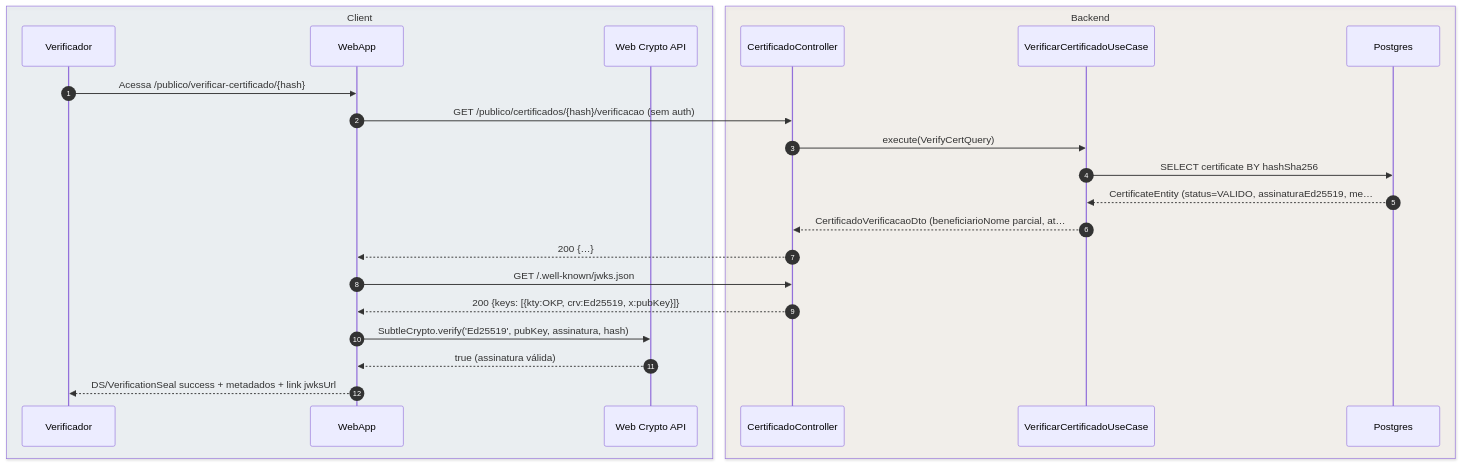
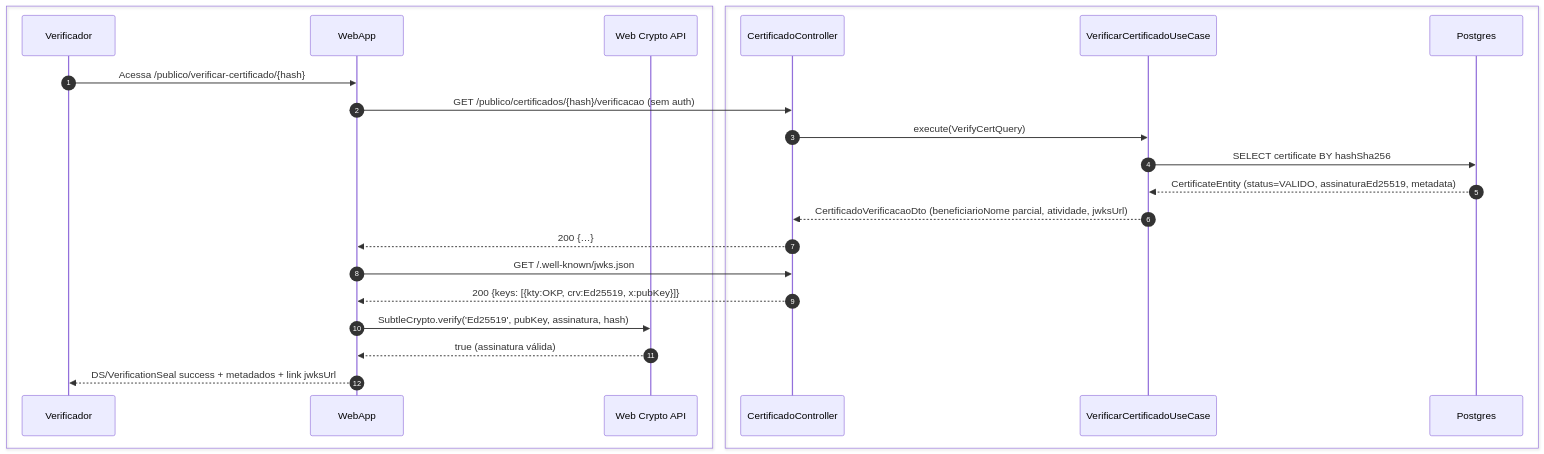
The first of 4 diagrams in foundationDocs/sequenceDiagrams/F0 — Público/US-F0-007-VERIFICAR-CERTIFICADO.md (umishell/secretariaOnline2), drawn with Mermaid before and after one commit. The commit also changed other lines of this file and 70 other files, not shown here.

First line of the commit message:
Enhance database documentation and introduce new schema files

````diff
--- a/foundationDocs/sequenceDiagrams/F0 — Público/US-F0-007-VERIFICAR-CERTIFICADO.md
+++ b/foundationDocs/sequenceDiagrams/F0 — Público/US-F0-007-VERIFICAR-CERTIFICADO.md
@@ -53,27 +53,27 @@
 ```mermaid
 sequenceDiagram
     autonumber
-    box rgba(230,245,255,0.3) Client
+    box #e8f4fc Cliente
         participant Verificador
         participant WebApp
         participant Crypto as Web Crypto API
     end
-    box rgba(255,245,230,0.3) Backend
+    box #fff8ee Servidor
         participant AC as CertificadoController
         participant UC as VerificarCertificadoUseCase
         participant DB as Postgres
     end
 
     Verificador->>WebApp: Acessa /publico/verificar-certificado/{hash}
     WebApp->>AC: GET /publico/certificados/{hash}/verificacao (sem auth)
     AC->>UC: execute(VerifyCertQuery)
     UC->>DB: SELECT certificate BY hashSha256
-    DB-->>UC: CertificateEntity (status=VALIDO, assinaturaEd25519, me…
-    UC-->>AC: CertificadoVerificacaoDto (beneficiarioNome parcial, at…
+    DB-->>UC: CertificateEntity (status=VALIDO, assinaturaEd25519, metadata)
+    UC-->>AC: CertificadoVerificacaoDto (beneficiarioNome parcial, atividade, jwksUrl)
     AC-->>WebApp: 200 {…}
     WebApp->>AC: GET /.well-known/jwks.json
     AC-->>WebApp: 200 {keys: [{kty:OKP, crv:Ed25519, x:pubKey}]}
     WebApp->>Crypto: SubtleCrypto.verify('Ed25519', pubKey, assinatura, hash)
     Crypto-->>WebApp: true (assinatura válida)
     WebApp-->>Verificador: DS/VerificationSeal success + metadados + link jwksUrl
 ```
````
